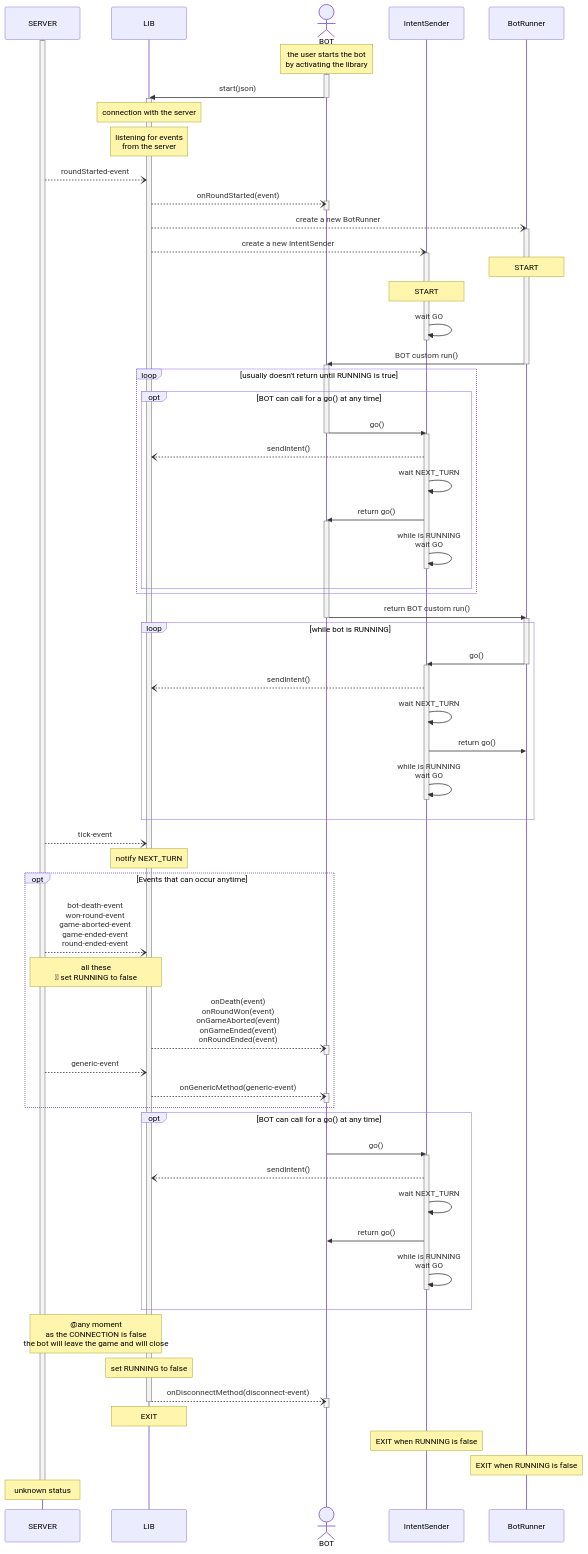
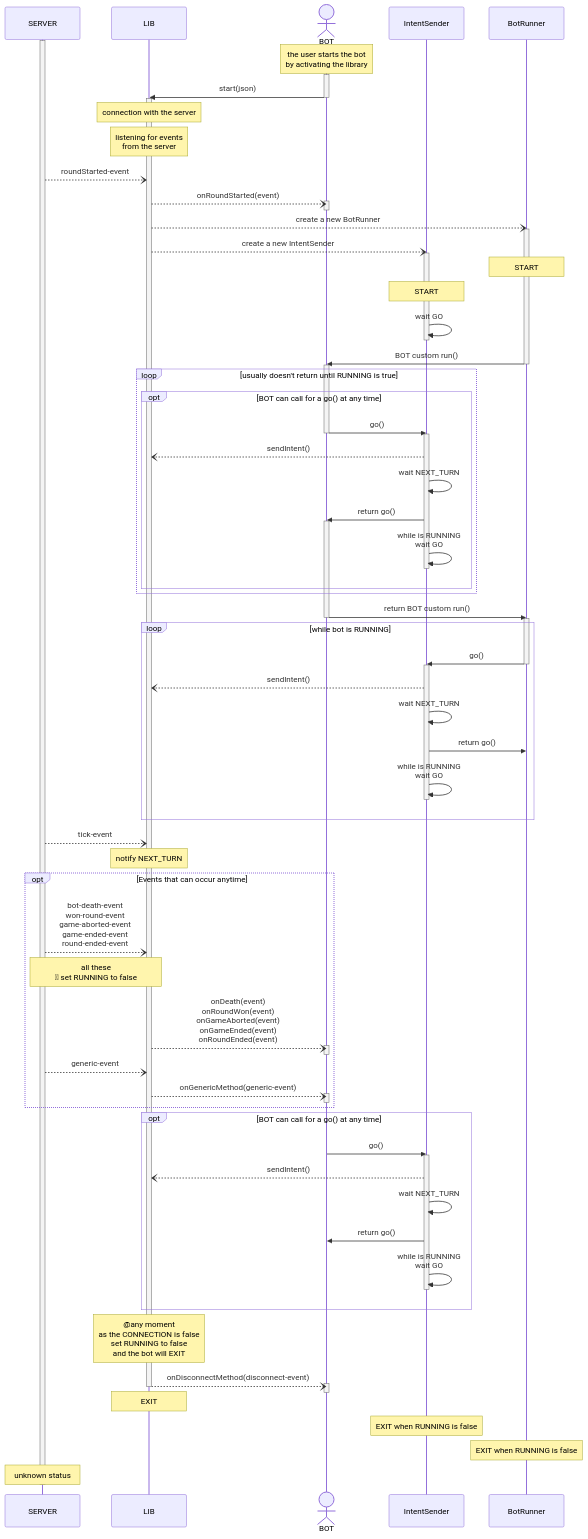
One commit to SirStone/RTR_nim_botApi2 changed the diagram in docs/multi-processes.md. Above: the diagram before and after it, drawn with Mermaid.

Commit message:
sequence Diagram improvements

```diff
--- a/docs/multi-processes.md
+++ b/docs/multi-processes.md
@@ -97,8 +97,7 @@
         deactivate IntentSender
     end
 
-    Note over SERVER,LIB: @any moment<br>as the CONNECTION is false<br>the bot will leave the game and will close
-    Note over LIB: set RUNNING to false
+    Note over LIB: @any moment<br>as the CONNECTION is false <br> set RUNNING to false <br> and the bot will EXIT
     LIB--)BOT: onDisconnectMethod(disconnect-event)
     activate BOT
     deactivate BOT
```
